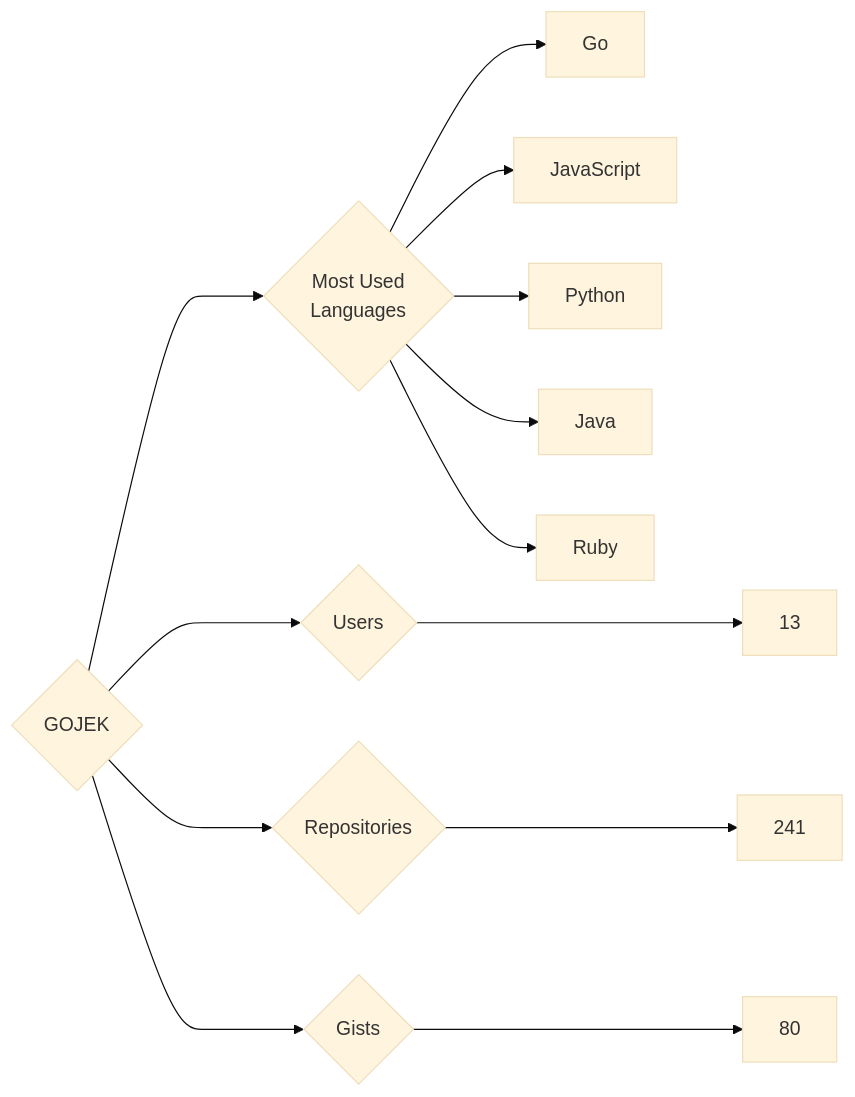
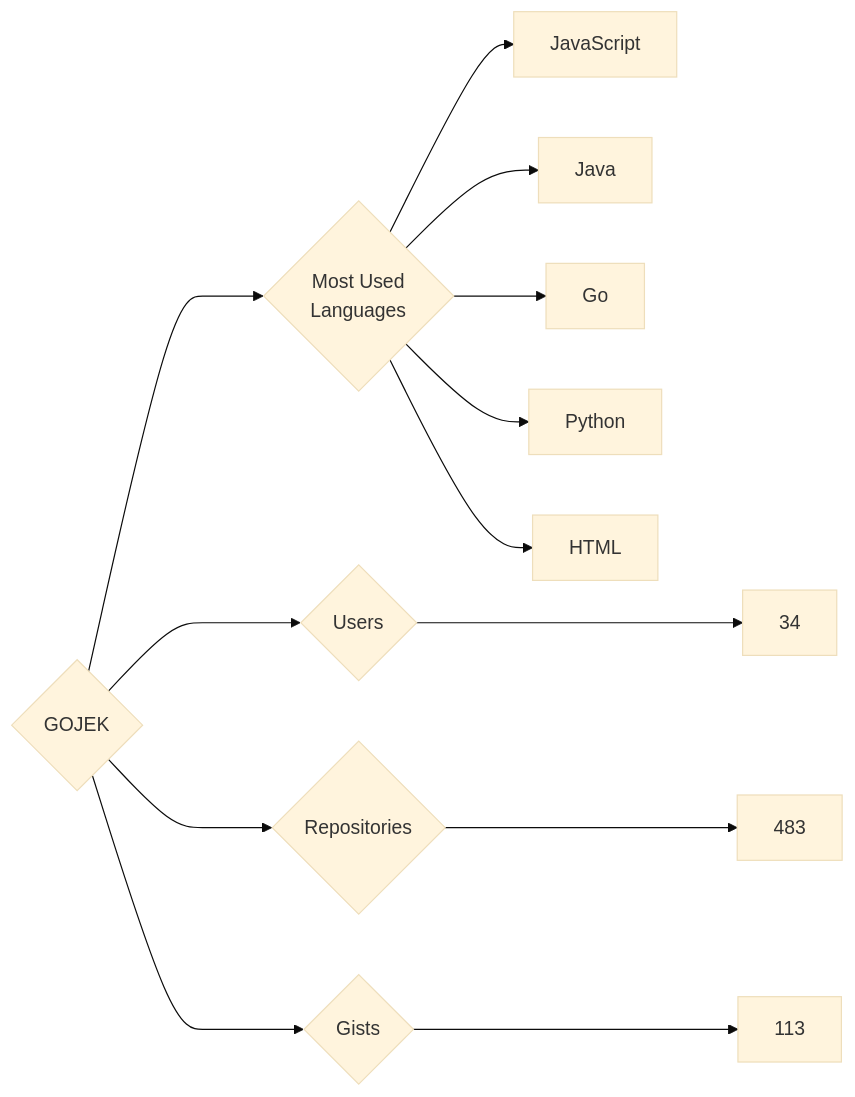
Before and after one commit to trickest/insiders: the diagram in targets/GOJEK/README.md, drawn with Mermaid (base theme). The commit also changed 837 other files, not shown here.

````diff
--- a/targets/GOJEK/README.md
+++ b/targets/GOJEK/README.md
@@ -3,13 +3,13 @@
 ```mermaid
 graph LR
 COMPANY_NAME{GOJEK}
-COMPANY_NAME ---> U{Users} ---> UN[13]
-COMPANY_NAME ---> R{Repositories} ---> RN[241]
-COMPANY_NAME ---> G{Gists} ---> GN[80]
+COMPANY_NAME ---> U{Users} ---> UN[34]
+COMPANY_NAME ---> R{Repositories} ---> RN[483]
+COMPANY_NAME ---> G{Gists} ---> GN[113]
 COMPANY_NAME ---> ML{Most Used<br>Languages}
+ML --> JavaScript[JavaScript]
+ML --> Java[Java]
 ML --> Go[Go]
-ML --> JavaScript[JavaScript]
 ML --> Python[Python]
-ML --> Java[Java]
-ML --> Ruby[Ruby]
+ML --> HTML[HTML]
 ```
````
